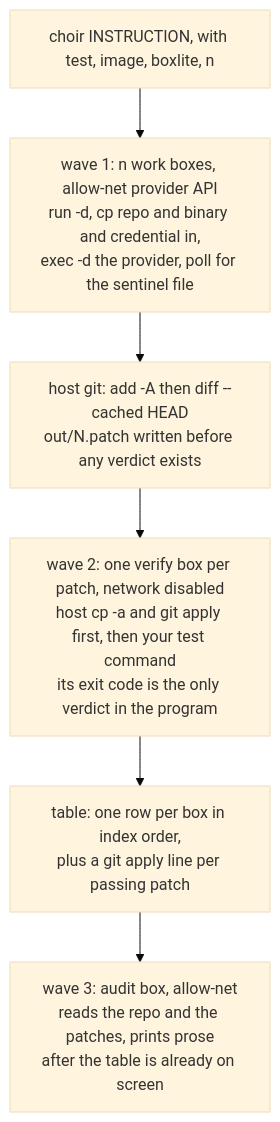
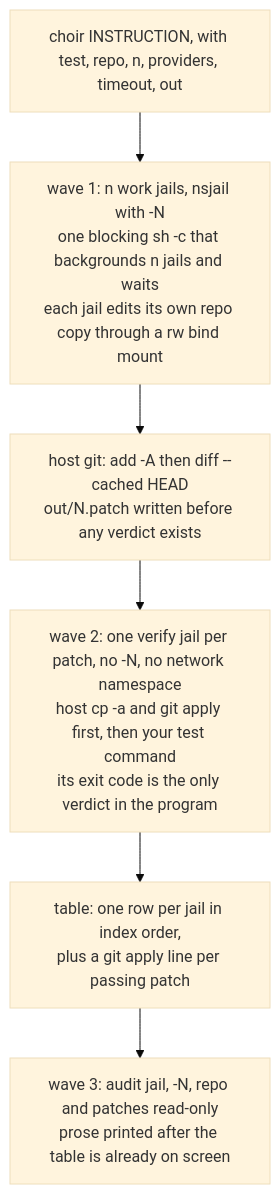
The diagram in docs/architecture.md (brickfrog/choir), drawn with Mermaid (base theme) before and after one commit. The commit also changed other lines of this file and 5 other files, not shown here.

````diff
--- a/docs/architecture.md
+++ b/docs/architecture.md
@@ -3,9 +3,9 @@
 ```mermaid
 flowchart TD
-  CLI["choir INSTRUCTION, with test, image, boxlite, n"]
-  CLI --> W["wave 1: n work boxes, allow-net provider API<br/>run -d, cp repo and binary and credential in,<br/>exec -d the provider, poll for the sentinel file"]
+  CLI["choir INSTRUCTION, with test, repo, n, providers, timeout, out"]
+  CLI --> W["wave 1: n work jails, nsjail with -N<br/>one blocking sh -c that backgrounds n jails and waits<br/>each jail edits its own repo copy through a rw bind mount"]
   W --> P["host git: add -A then diff --cached HEAD<br/>out/N.patch written before any verdict exists"]
-  P --> V["wave 2: one verify box per patch, network disabled<br/>host cp -a and git apply first, then your test command<br/>its exit code is the only verdict in the program"]
-  V --> T["table: one row per box in index order,<br/>plus a git apply line per passing patch"]
-  T --> A["wave 3: audit box, allow-net<br/>reads the repo and the patches, prints prose<br/>after the table is already on screen"]
+  P --> V["wave 2: one verify jail per patch, no -N, no network namespace<br/>host cp -a and git apply first, then your test command<br/>its exit code is the only verdict in the program"]
+  V --> T["table: one row per jail in index order,<br/>plus a git apply line per passing patch"]
+  T --> A["wave 3: audit jail, -N, repo and patches read-only<br/>prose printed after the table is already on screen"]
 ```
````
